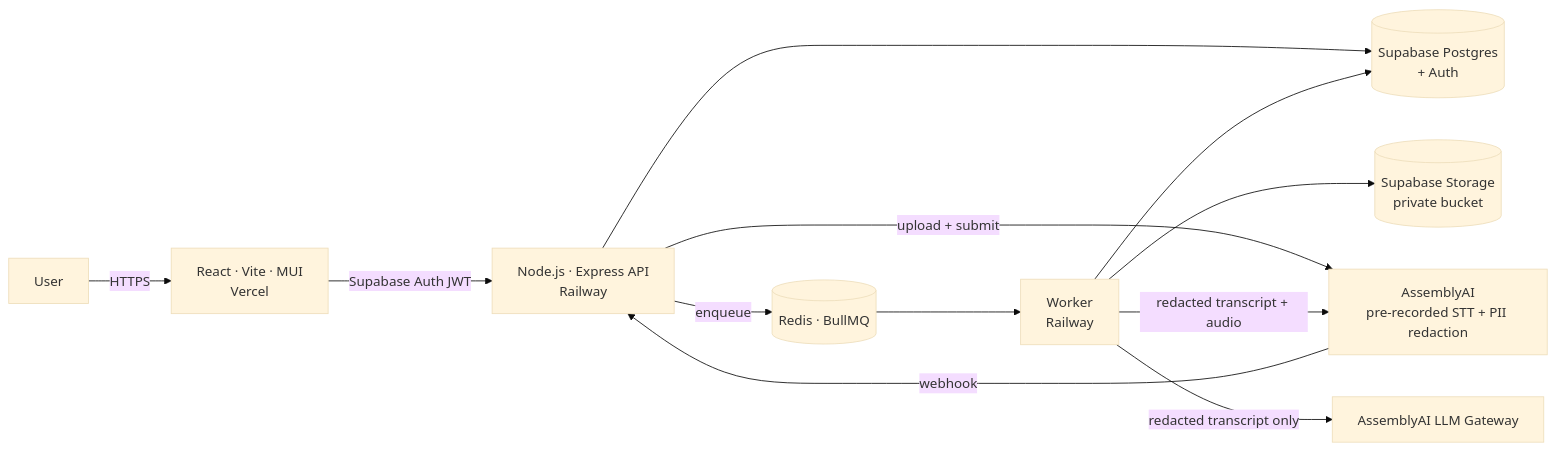
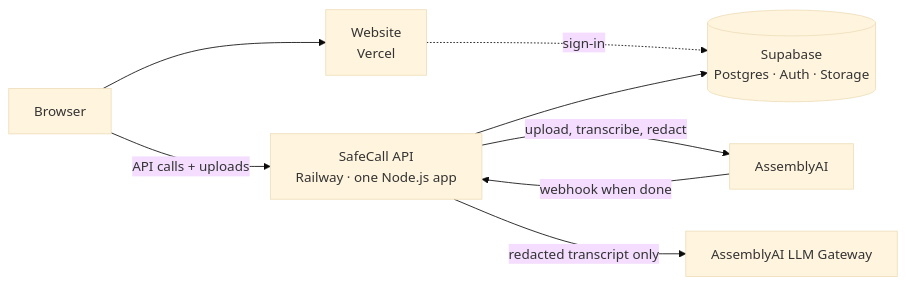
The diagram in README.md (Chong1120/Endpointing), drawn with Mermaid (base theme) before and after one commit. The commit also changed other lines of this file and 27 other files, not shown here.

First line of the commit message:
Simplify to three pieces: Vercel website, one Railway API, Supabase

````diff
--- a/README.md
+++ b/README.md
@@ -42,14 +52,10 @@
 ```mermaid
 flowchart LR
-  U[User] -->|HTTPS| FE[React · Vite · MUI<br/>Vercel]
-  FE -->|Supabase Auth JWT| API[Node.js · Express API<br/>Railway]
-  API -->|enqueue| Q[(Redis · BullMQ)]
-  Q --> W[Worker<br/>Railway]
-  API --> DB[(Supabase Postgres<br/>+ Auth)]
-  W --> DB
-  W --> ST[(Supabase Storage<br/>private bucket)]
-  API -->|upload + submit| AAI[AssemblyAI<br/>pre-recorded STT + PII redaction]
-  AAI -->|webhook| API
-  W -->|redacted transcript + audio| AAI
-  W -->|redacted transcript only| LLM[AssemblyAI LLM Gateway]
+  U[Browser] --> FE[Website<br/>Vercel]
+  U -->|API calls + uploads| API[SafeCall API<br/>Railway · one Node.js app]
+  FE -. sign-in .-> SB
+  API -->|upload, transcribe, redact| AAI[AssemblyAI]
+  AAI -->|webhook when done| API
+  API -->|redacted transcript only| LLM[AssemblyAI LLM Gateway]
+  API --> SB[(Supabase<br/>Postgres · Auth · Storage)]
 ```
````
